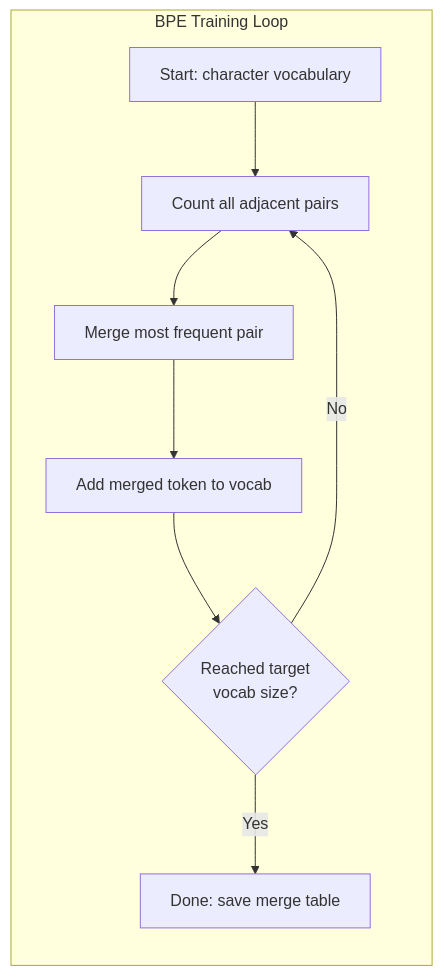
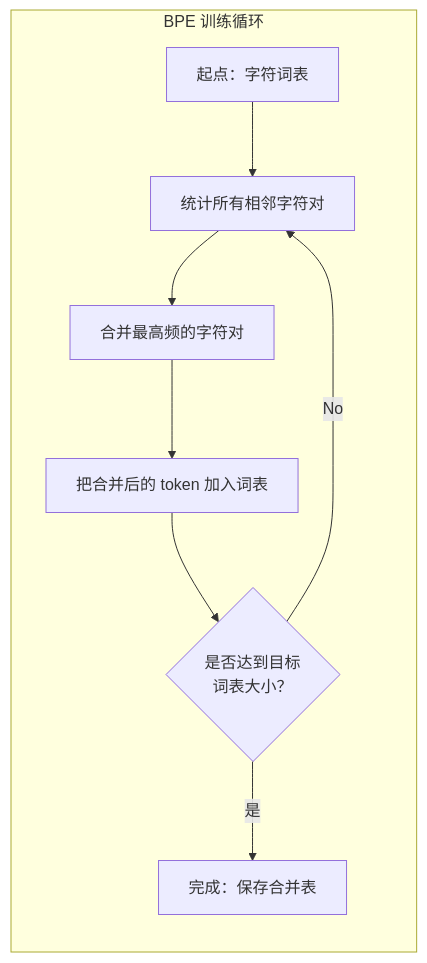
Before and after one commit to JerryC8080/ai-engineering-from-scratch-zh: the second of 3 diagrams in phases/10-llms-from-scratch/01-tokenizers/docs/zh.md, drawn with Mermaid. The commit also changed other lines of this file and 156 other files, not shown here.

First line of the commit message:
i18n(zh): translate mermaid diagram labels in 157 lesson zh.md

````diff
--- a/phases/10-llms-from-scratch/01-tokenizers/docs/zh.md
+++ b/phases/10-llms-from-scratch/01-tokenizers/docs/zh.md
@@ -109,12 +109,12 @@
 ```mermaid
 graph LR
-    subgraph Training["BPE Training Loop"]
+    subgraph Training["BPE 训练循环"]
         direction TB
-        T1["Start: character vocabulary"] --> T2["Count all adjacent pairs"]
-        T2 --> T3["Merge most frequent pair"]
-        T3 --> T4["Add merged token to vocab"]
-        T4 --> T5{"Reached target\nvocab size?"}
+        T1["起点：字符词表"] --> T2["统计所有相邻字符对"]
+        T2 --> T3["合并最高频的字符对"]
+        T3 --> T4["把合并后的 token 加入词表"]
+        T4 --> T5{"是否达到目标\n词表大小？"}
         T5 -->|No| T2
-        T5 -->|Yes| T6["Done: save merge table"]
+        T5 -->|是| T6["完成：保存合并表"]
     end
 ```
````
